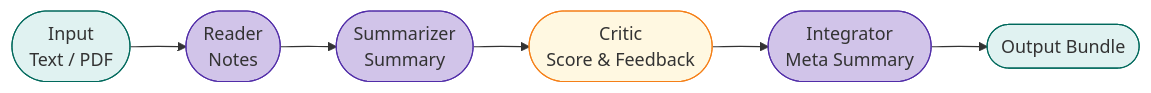
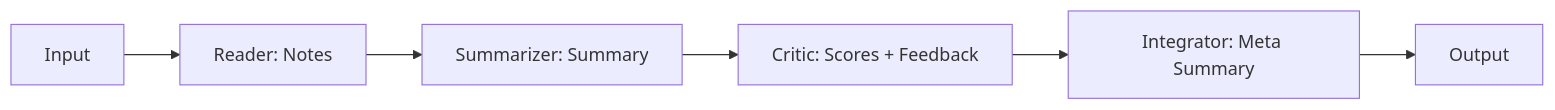
The first of 2 diagrams in README.md (kingcanp-alt/multi_agent_orchestration), drawn with Mermaid before and after one commit. The commit also changed other lines of this file and 5 other files, not shown here.

````diff
--- a/README.md
+++ b/README.md
@@ -15,15 +60,8 @@
 ```mermaid
 flowchart LR
-  classDef io fill:#e0f2f1,stroke:#00695c,stroke-width:1px;
-  classDef agent fill:#d1c4e9,stroke:#512da8,stroke-width:1px;
-  classDef review fill:#fff8e1,stroke:#f57f17,stroke-width:1px;
-
-  Input([Input\nText / PDF]):::io
-  Reader([Reader\nNotes]):::agent
-  Summarizer([Summarizer\nSummary]):::agent
-  Critic([Critic\nScore & Feedback]):::review
-  Integrator([Integrator\nMeta Summary]):::agent
-  Output([Output Bundle]):::io
-
-  Input --> Reader --> Summarizer --> Critic --> Integrator --> Output
+  Input[Input] --> Reader[Reader: Notes]
+  Reader --> Summarizer[Summarizer: Summary]
+  Summarizer --> Critic[Critic: Scores + Feedback]
+  Critic --> Integrator[Integrator: Meta Summary]
+  Integrator --> Output[Output]
 ```
````
